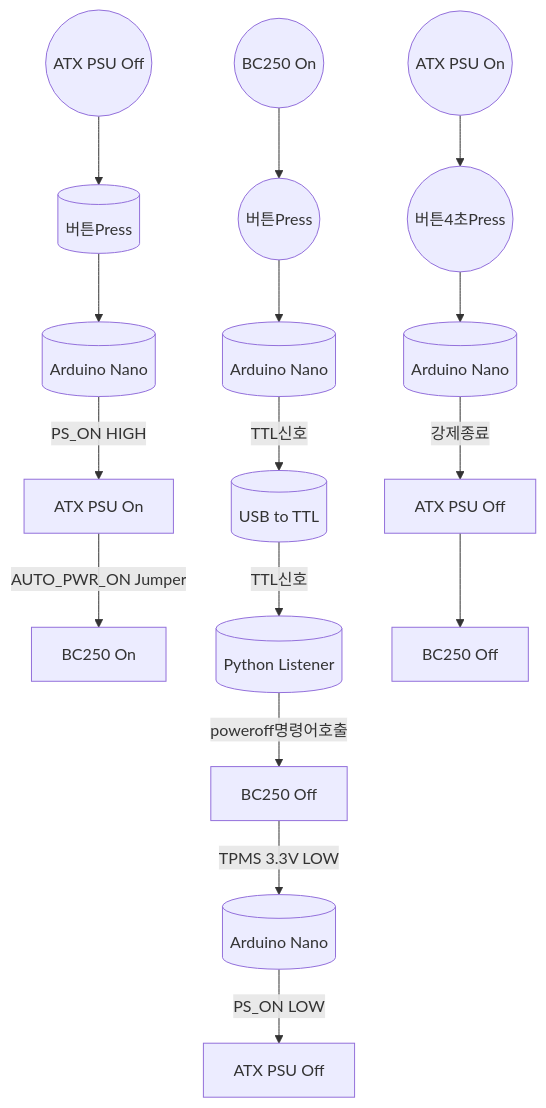
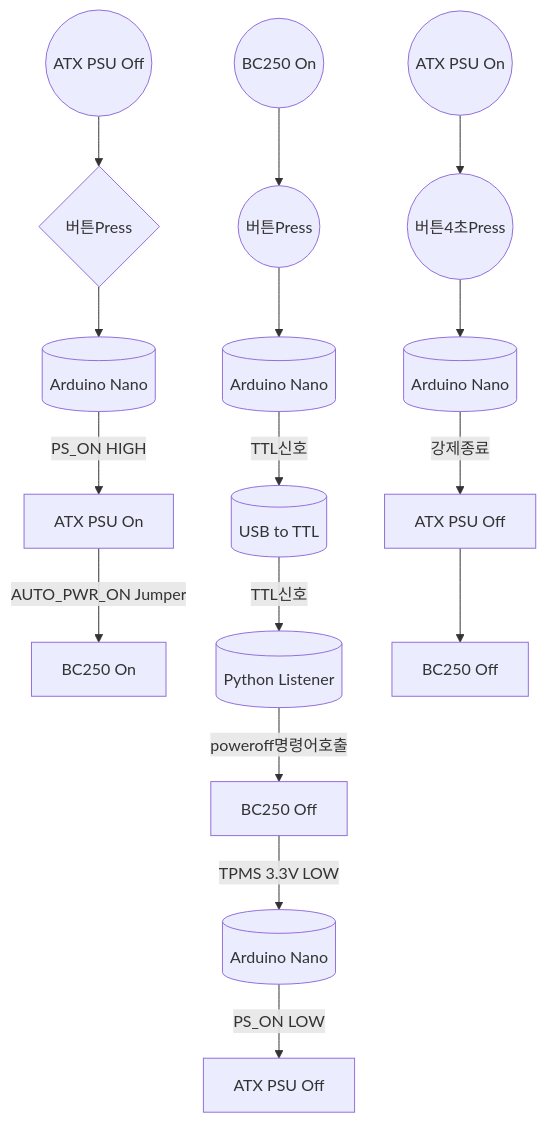
The first of 2 diagrams in README.md (coolsolgit/BC250-ATX-PSU-Control), drawn with Mermaid before and after one commit.

````diff
--- a/README.md
+++ b/README.md
@@ -24,18 +24,18 @@
 ```mermaid
 flowchart TD
-A1((ATX PSU Off)) --> B1[(버튼Press)]
+A1((ATX PSU Off)) --> B1{버튼Press}
   B1 --> C1[(Arduino Nano)]
   C1 -->|PS_ON HIGH| D1[ATX PSU On]
   D1 -->|AUTO_PWR_ON Jumper| E1[BC250 On]
 A2((BC250 On)) --> B2((버튼Press))
   B2 --> C2[(Arduino Nano)]
   C2 -->|TTL신호| D2[(USB to TTL)]
   D2 -->|TTL신호| E2[(Python Listener)]
   E2 -->|poweroff명령어호출| F2[BC250 Off]
   F2 -->|TPMS 3.3V LOW| G2[(Arduino Nano)]
   G2 -->|PS_ON LOW| H2[ATX PSU Off]
 A3((ATX PSU On)) --> B3((버튼4초Press))
   B3 --> C3[(Arduino Nano)]
   C3 -->|강제종료| D3[ATX PSU Off]
   D3 --> E3[BC250 Off]
 ```
````
